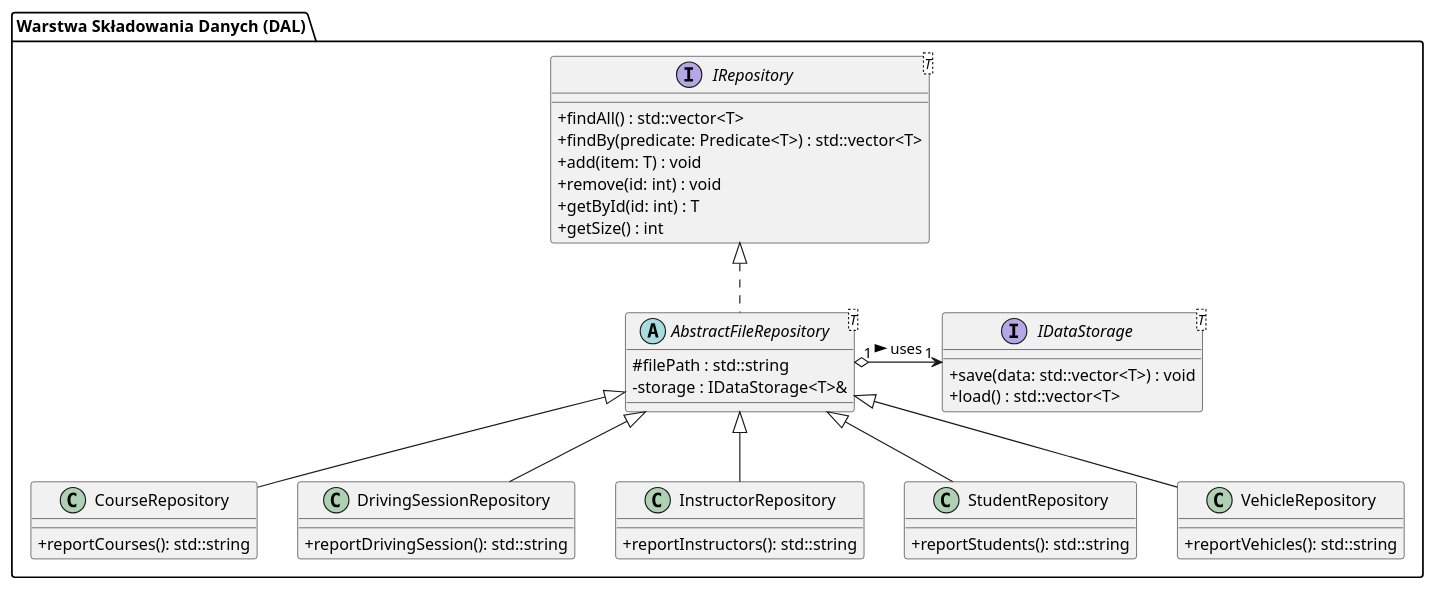
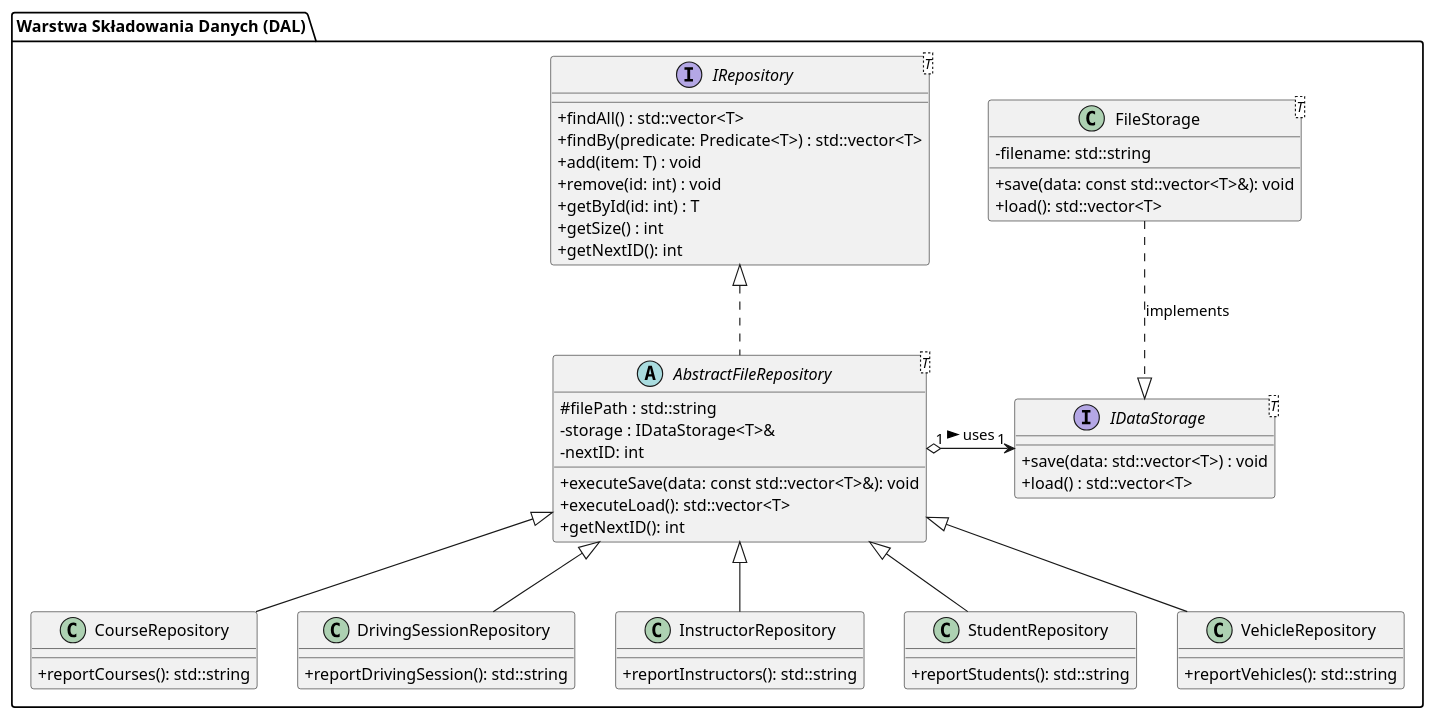
One commit to j-muszynski/Centrum-Szkoleniowe-POBI changed the diagram in uml/model/repositories.puml. Above: the diagram before and after it, drawn with PlantUML.

Commit message:
updated UML

```diff
--- a/uml/model/repositories.puml
+++ b/uml/model/repositories.puml
@@ -1,58 +1,70 @@
 @startuml
 skinparam classAttributeIconSize 0
 
 package "Warstwa Składowania Danych (DAL)" {
 
     interface IDataStorage<T> {
         + save(data: std::vector<T>) : void
         + load() : std::vector<T>
     }
 
     interface IRepository<T> {
         + findAll() : std::vector<T>
         + findBy(predicate: Predicate<T>) : std::vector<T>
         + add(item: T) : void
         + remove(id: int) : void
         + getById(id: int) : T
         + getSize() : int
+        + getNextID(): int
     }
 
     abstract class AbstractFileRepository<T> {
         # filePath : std::string
         ' Referencja
         - storage : IDataStorage<T>&
+        - nextID: int
+        + executeSave(data: const std::vector<T>&): void
+        + executeLoad(): std::vector<T>
+        + getNextID(): int
     }
 
     IRepository <|.. AbstractFileRepository
 
     ' Agregacja, bo AbstractFileRepository posiada mechanizm zapisu,
     ' ale go nie tworzy, nwm czy nie dac notki na UML zeby sie znowu nie czepil
     AbstractFileRepository "1" o-right-> "1" IDataStorage : uses >
 
     class CourseRepository {
         + reportCourses(): std::string
     }
 
     class DrivingSessionRepository {
         + reportDrivingSession(): std::string
     }
 
     class InstructorRepository {
         + reportInstructors(): std::string
     }
 
     class StudentRepository {
         + reportStudents(): std::string
     }
 
     class VehicleRepository {
         + reportVehicles(): std::string
     }
 
     AbstractFileRepository <|-- CourseRepository
     AbstractFileRepository <|-- DrivingSessionRepository
     AbstractFileRepository <|-- InstructorRepository
     AbstractFileRepository <|-- StudentRepository
     AbstractFileRepository <|-- VehicleRepository
+
+    class FileStorage<T> {
+        - filename: std::string
+        + save(data: const std::vector<T>&): void
+        + load(): std::vector<T>
+    }
+    FileStorage ..|> IDataStorage : "implements"
 }
 @enduml
```
